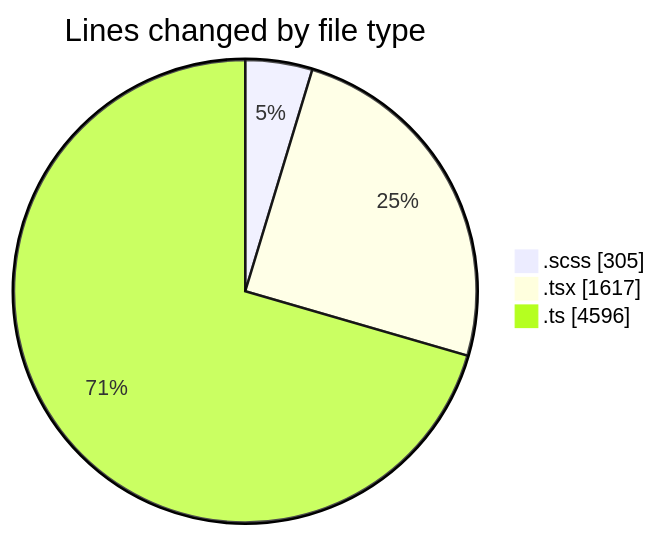
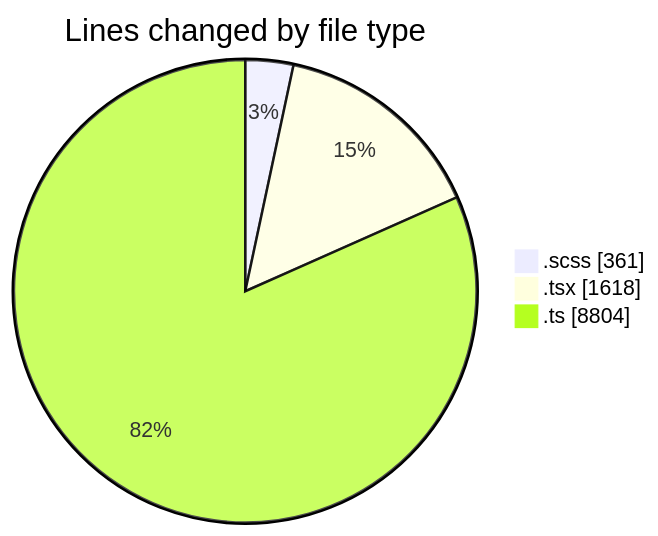
One commit to momahboobian/code-tracking changed the first of 2 diagrams in 2025-03-04/cda/README.md. Above: the diagram before and after it, drawn with Mermaid. The commit also changed other lines of this file and 1 other file, not shown here.

````diff
--- a/2025-03-04/cda/README.md
+++ b/2025-03-04/cda/README.md
@@ -36,7 +38,7 @@
 ```mermaid
 pie showData
 title Lines changed by file type
-".scss" : 305
-".tsx" : 1617
-".ts" : 4596
+".scss" : 361
+".tsx" : 1618
+".ts" : 8804
 ```
````
